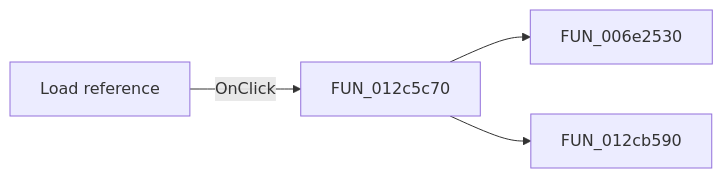
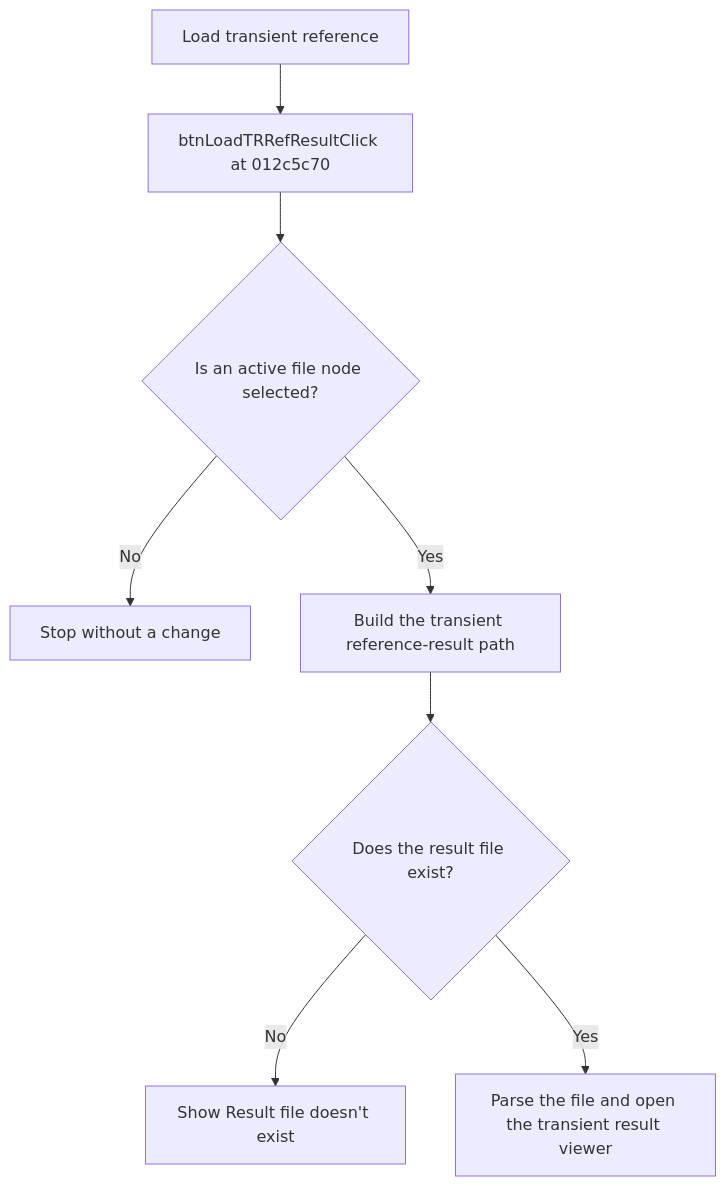
The diagram in docs/ui-controls/frmtestbencheditor/btnloadtrrefresult-4883e0fb27.md (MovGP0/TIARA), drawn with Mermaid before and after one commit. The commit also changed other lines of this file and 387 other files, not shown here.

````diff
--- a/docs/ui-controls/frmtestbencheditor/btnloadtrrefresult-4883e0fb27.md
+++ b/docs/ui-controls/frmtestbencheditor/btnloadtrrefresult-4883e0fb27.md
@@ -27,6 +19,10 @@
 ```mermaid
-flowchart LR
-    control["Load reference"] -->|OnClick| handler["FUN_012c5c70"]
-    handler --> call1["FUN_006e2530"]
-    handler --> call2["FUN_012cb590"]
+flowchart TD
+    control["Load transient reference"] --> handler["btnLoadTRRefResultClick at 012c5c70"]
+    handler --> selected{"Is an active file node selected?"}
+    selected -->|No| stop["Stop without a change"]
+    selected -->|Yes| path["Build the transient reference-result path"]
+    path --> exists{"Does the result file exist?"}
+    exists -->|No| error["Show Result file doesn't exist"]
+    exists -->|Yes| viewer["Parse the file and open the transient result viewer"]
 ```
````
